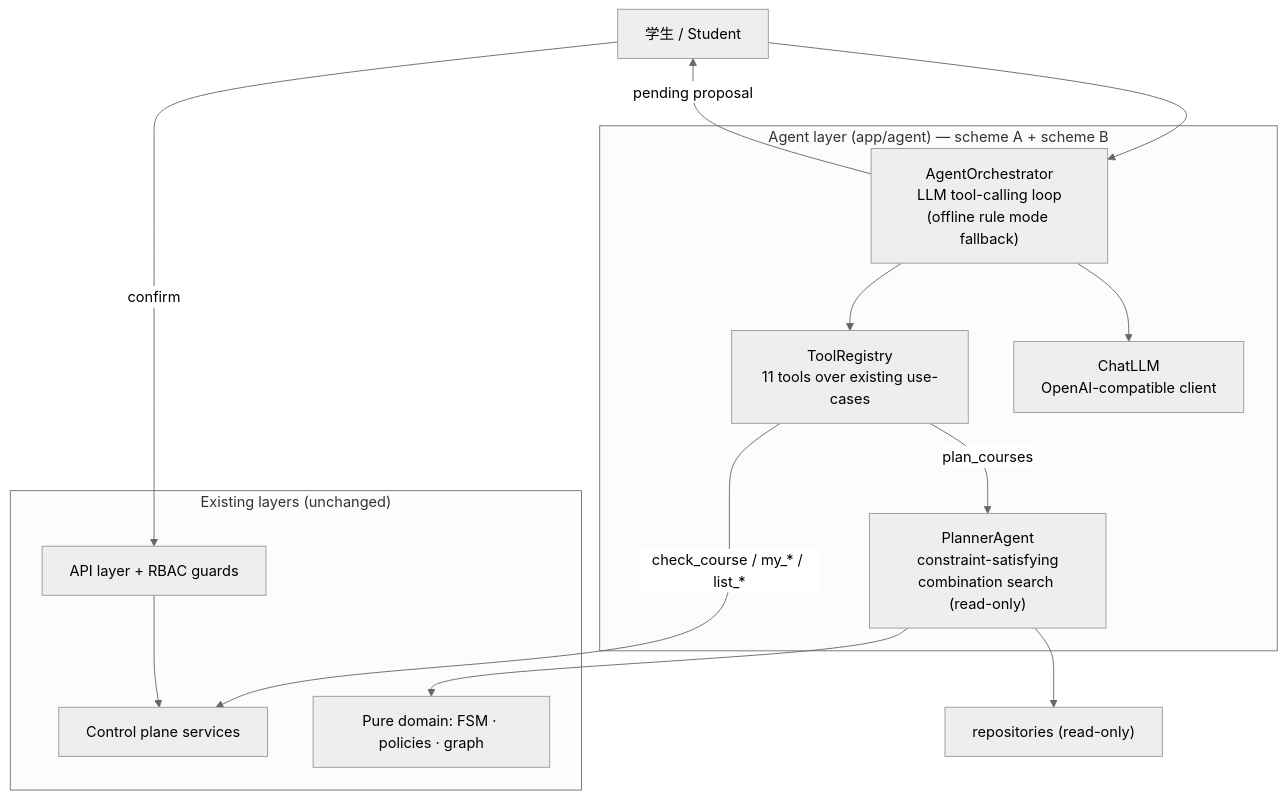
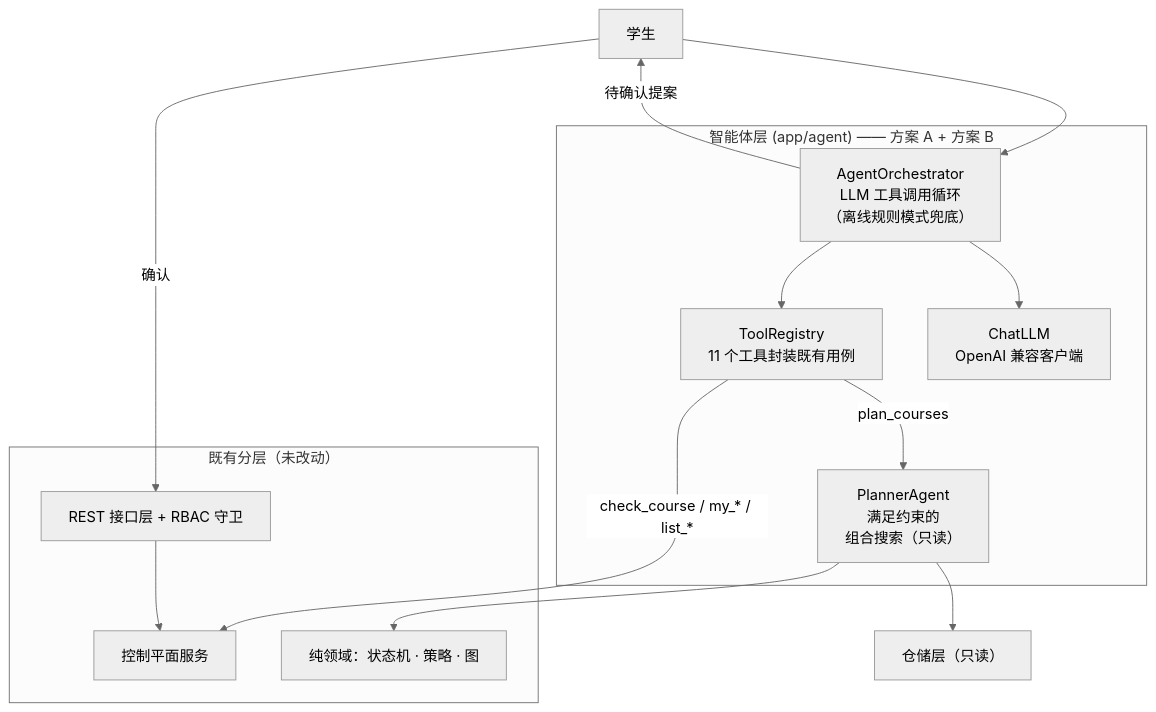
Before and after one commit to yuedu16night/courseflow: the sixth of 6 diagrams in docs/report.md, drawn with Mermaid (neutral theme). The commit also changed other lines of this file and 6 other files, not shown here.

````diff
--- a/docs/report.md
+++ b/docs/report.md
@@ -359,26 +252,26 @@
 ```mermaid
 flowchart TB
-    USER["学生 / Student"]
-    subgraph AgentLayer["Agent layer (app/agent) — scheme A + scheme B"]
-        ORCH["AgentOrchestrator<br/>LLM tool-calling loop<br/>(offline rule mode fallback)"]
-        TOOLS["ToolRegistry<br/>11 tools over existing use-cases"]
-        PLAN["PlannerAgent<br/>constraint-satisfying<br/>combination search (read-only)"]
-        LLM["ChatLLM<br/>OpenAI-compatible client"]
+    USER["学生"]
+    subgraph AgentLayer["智能体层 (app/agent) —— 方案 A + 方案 B"]
+        ORCH["AgentOrchestrator<br/>LLM 工具调用循环<br/>（离线规则模式兜底）"]
+        TOOLS["ToolRegistry<br/>11 个工具封装既有用例"]
+        PLAN["PlannerAgent<br/>满足约束的<br/>组合搜索（只读）"]
+        LLM["ChatLLM<br/>OpenAI 兼容客户端"]
     end
-    subgraph Existing["Existing layers (unchanged)"]
-        API["API layer + RBAC guards"]
-        SVC["Control plane services"]
-        DOM["Pure domain: FSM · policies · graph"]
+    subgraph Existing["既有分层（未改动）"]
+        API["REST 接口层 + RBAC 守卫"]
+        SVC["控制平面服务"]
+        DOM["纯领域：状态机 · 策略 · 图"]
     end
 
     USER --> ORCH
     ORCH --> LLM
     ORCH --> TOOLS
     TOOLS -- "plan_courses" --> PLAN
     TOOLS -- "check_course / my_* / list_*" --> SVC
     PLAN --> DOM
-    PLAN --> REPO2["repositories (read-only)"]
-    ORCH -- "pending proposal" --> USER
-    USER -- "confirm" --> API
+    PLAN --> REPO2["仓储层（只读）"]
+    ORCH -- "待确认提案" --> USER
+    USER -- "确认" --> API
     API --> SVC
 ```
````
